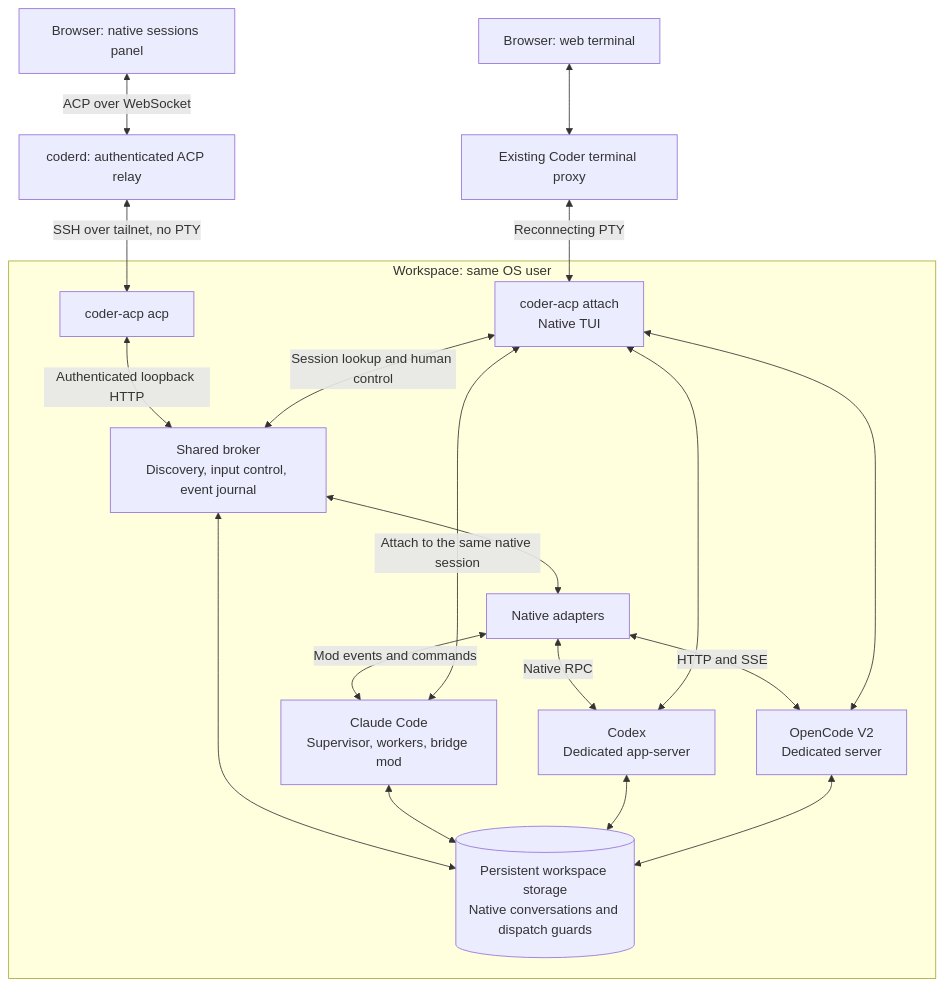
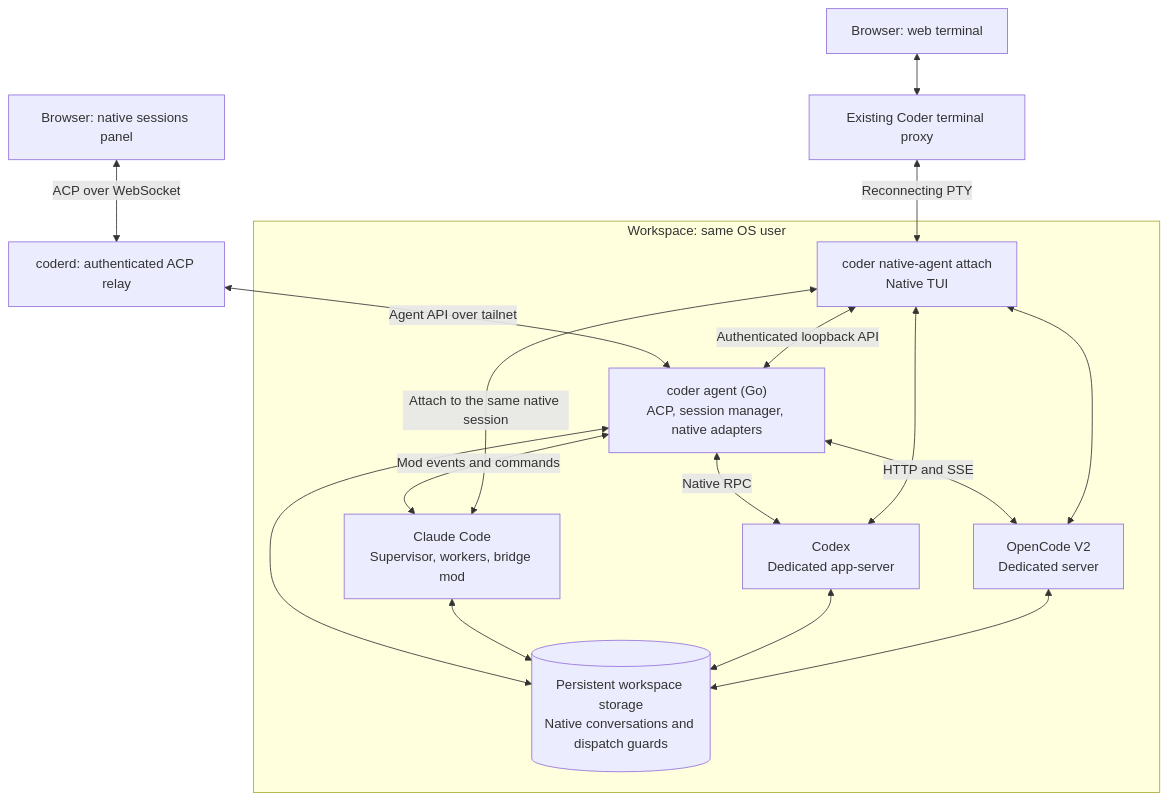
The diagram in examples/claude-acp-bridge/README.md (coder/coder), drawn with Mermaid before and after one commit. The commit also changed other lines of this file and 137 other files, not shown here.

````diff
--- a/examples/claude-acp-bridge/README.md
+++ b/examples/claude-acp-bridge/README.md
@@ -8,36 +9,32 @@
 ```mermaid
 flowchart TB
     panel["Browser: native sessions panel"]
     terminal["Browser: web terminal"]
     relay["coderd: authenticated ACP relay"]
     pty["Existing Coder terminal proxy"]
 
     subgraph workspace["Workspace: same OS user"]
-        acp["coder-acp acp"]
-        broker["Shared broker<br/>Discovery, input control, event journal"]
-        adapters["Native adapters"]
+        agent["coder agent (Go)<br/>ACP, session manager, native adapters"]
         claude["Claude Code<br/>Supervisor, workers, bridge mod"]
         codex["Codex<br/>Dedicated app-server"]
         opencode["OpenCode V2<br/>Dedicated server"]
-        attach["coder-acp attach<br/>Native TUI"]
+        attach["coder native-agent attach<br/>Native TUI"]
         state[("Persistent workspace storage<br/>Native conversations and dispatch guards")]
     end
 
     panel <-->|"ACP over WebSocket"| relay
-    relay <-->|"SSH over tailnet, no PTY"| acp
-    acp <-->|"Authenticated loopback HTTP"| broker
-    broker <--> adapters
-    adapters <-->|"Mod events and commands"| claude
-    adapters <-->|"Native RPC"| codex
-    adapters <-->|"HTTP and SSE"| opencode
+    relay <-->|"Agent API over tailnet"| agent
+    agent <-->|"Mod events and commands"| claude
+    agent <-->|"Native RPC"| codex
+    agent <-->|"HTTP and SSE"| opencode
     terminal <--> pty
     pty <-->|"Reconnecting PTY"| attach
-    attach <-->|"Session lookup and human control"| broker
+    attach <-->|"Authenticated loopback API"| agent
     attach <-->|"Attach to the same native session"| claude
     attach <--> codex
     attach <--> opencode
-    broker <--> state
+    agent <--> state
     claude <--> state
     codex <--> state
     opencode <--> state
 ```
````
